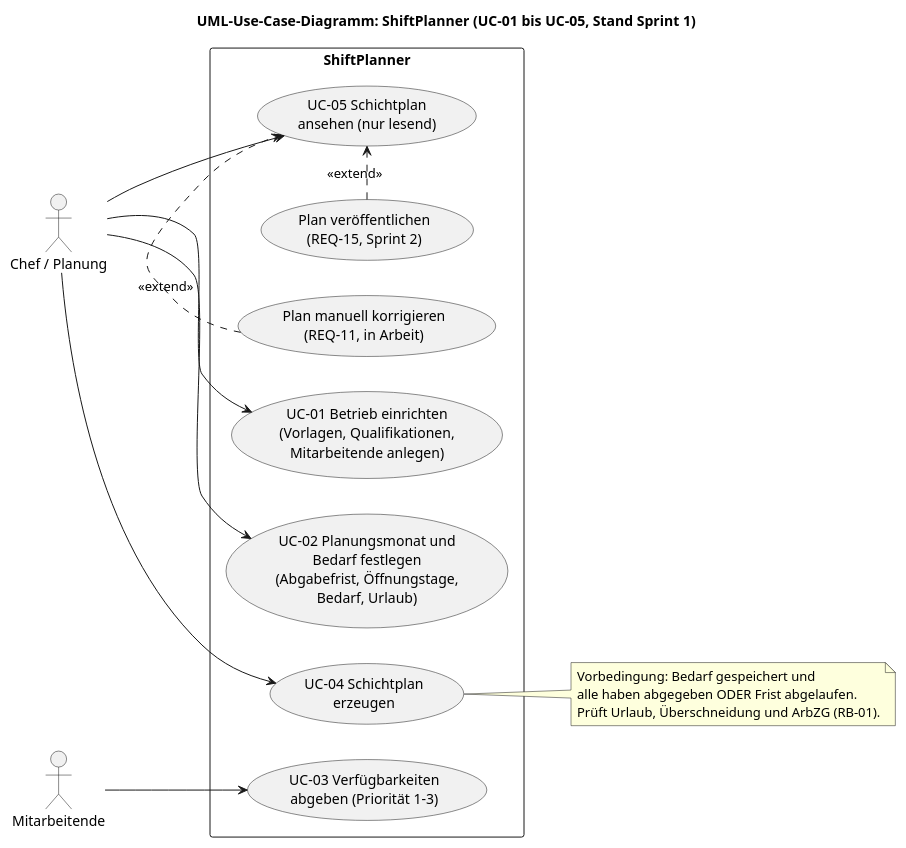
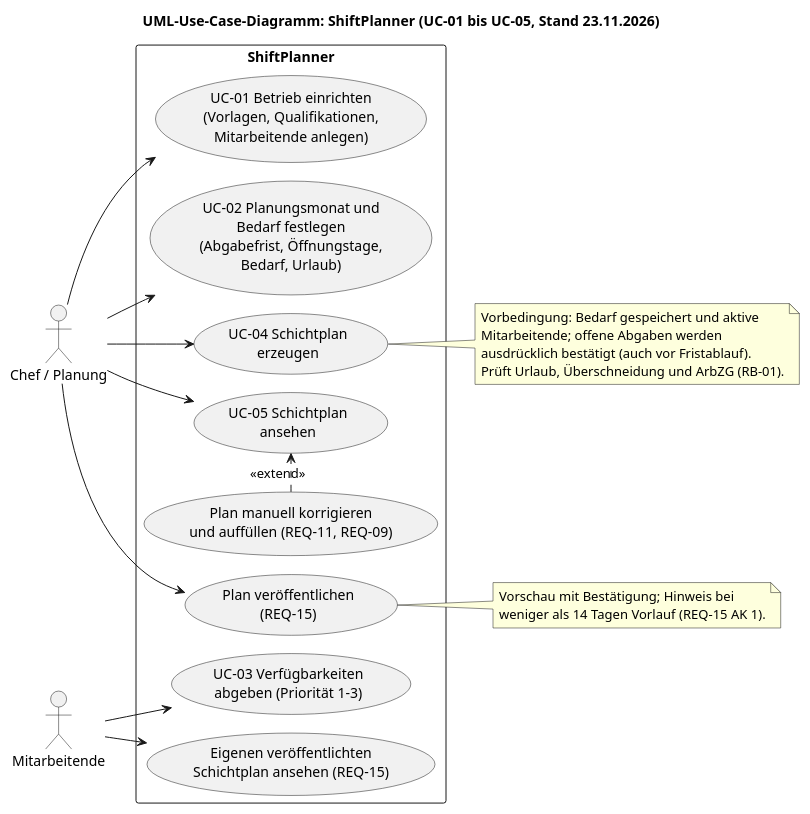
Before and after one commit to shiftplanner-hsfl-team/shiftplanner: the diagram in docs/design/use_case.puml, drawn with PlantUML. The commit also changed 4 other files, not shown here.

```diff
--- a/docs/design/use_case.puml
+++ b/docs/design/use_case.puml
@@ -1,35 +1,44 @@
 @startuml
-title UML-Use-Case-Diagramm: ShiftPlanner (UC-01 bis UC-05, Stand Sprint 1)
+!pragma layout smetana
+title UML-Use-Case-Diagramm: ShiftPlanner (UC-01 bis UC-05, Stand 23.11.2026)
 
 left to right direction
 skinparam packageStyle rectangle
 
 actor "Chef / Planung" as chef
 actor "Mitarbeitende" as employee
 
 rectangle "ShiftPlanner" {
   usecase "UC-01 Betrieb einrichten\n(Vorlagen, Qualifikationen,\nMitarbeitende anlegen)" as UC1
   usecase "UC-02 Planungsmonat und\nBedarf festlegen\n(Abgabefrist, Öffnungstage,\nBedarf, Urlaub)" as UC2
   usecase "UC-03 Verfügbarkeiten\nabgeben (Priorität 1–3)" as UC3
   usecase "UC-04 Schichtplan\nerzeugen" as UC4
-  usecase "UC-05 Schichtplan\nansehen (nur lesend)" as UC5
-  usecase "Plan manuell korrigieren\n(REQ-11, in Arbeit)" as UC6
-  usecase "Plan veröffentlichen\n(REQ-15, Sprint 2)" as UC7
+  usecase "UC-05 Schichtplan\nansehen" as UC5
+  usecase "Plan manuell korrigieren\nund auffüllen (REQ-11, REQ-09)" as UC6
+  usecase "Plan veröffentlichen\n(REQ-15)" as UC7
+  usecase "Eigenen veröffentlichten\nSchichtplan ansehen (REQ-15)" as UC8
 }
 
 chef --> UC1
 chef --> UC2
 chef --> UC4
 chef --> UC5
+chef --> UC7
 employee --> UC3
+employee --> UC8
 
 UC6 .> UC5 : <<extend>>
-UC7 .> UC5 : <<extend>>
 
 note right of UC4
-  Vorbedingung: Bedarf gespeichert und
-  alle haben abgegeben ODER Frist abgelaufen.
+  Vorbedingung: Bedarf gespeichert und aktive
+  Mitarbeitende; offene Abgaben werden
+  ausdrücklich bestätigt (auch vor Fristablauf).
   Prüft Urlaub, Überschneidung und ArbZG (RB-01).
 end note
 
+note right of UC7
+  Vorschau mit Bestätigung; Hinweis bei
+  weniger als 14 Tagen Vorlauf (REQ-15 AK 1).
+end note
+
 @enduml
```
